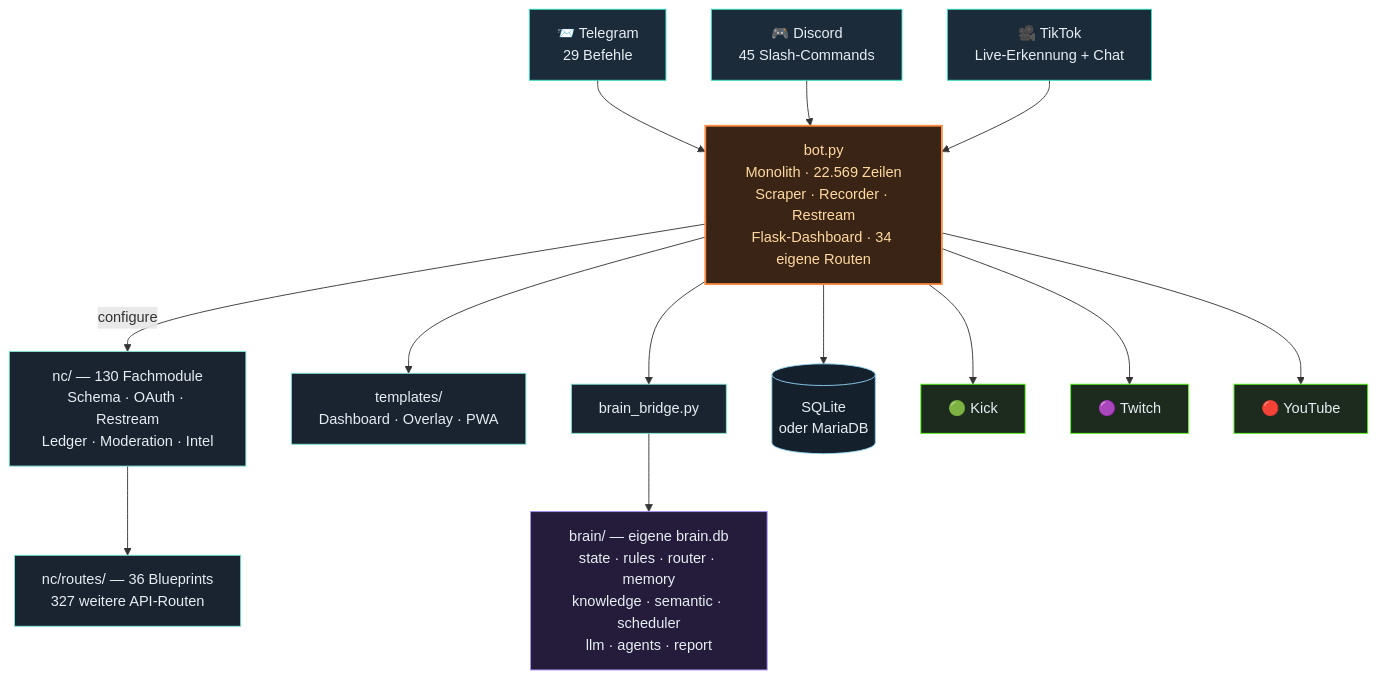
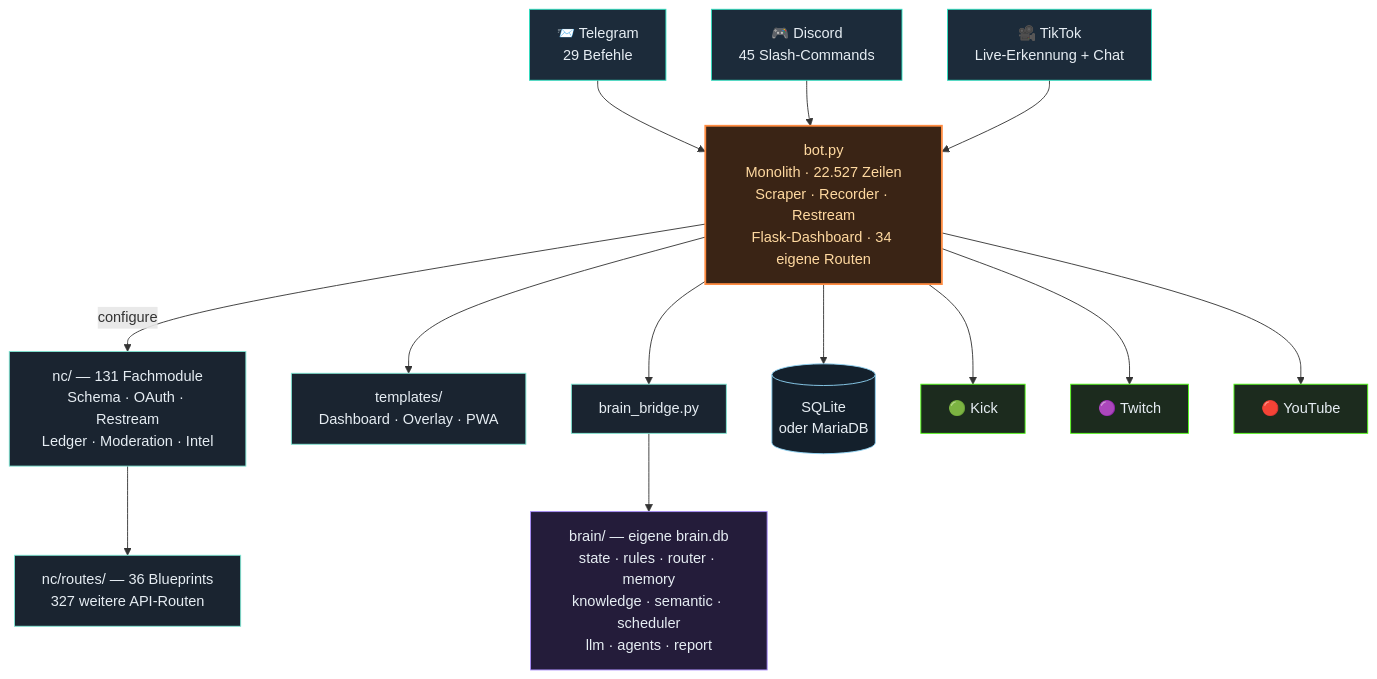
Before and after one commit to itsamemedev/Telegram-Stream-Info-Bot: the third of 4 diagrams in README.md, drawn with Mermaid. The commit also changed other lines of this file and 8 other files, not shown here.

````diff
--- a/README.md
+++ b/README.md
@@ -189,30 +189,30 @@
 ```mermaid
 flowchart TB
     TG["📨 Telegram<br/>29 Befehle"]:::ein
     DC["🎮 Discord<br/>45 Slash-Commands"]:::ein
     TT["🎥 TikTok<br/>Live-Erkennung + Chat"]:::ein
 
     TG --> BOT
     DC --> BOT
     TT --> BOT
 
-    BOT["bot.py<br/>Monolith · 22.569 Zeilen<br/>Scraper · Recorder · Restream<br/>Flask-Dashboard · 34 eigene Routen"]:::core
+    BOT["bot.py<br/>Monolith · 22.527 Zeilen<br/>Scraper · Recorder · Restream<br/>Flask-Dashboard · 34 eigene Routen"]:::core
 
-    BOT -->|configure| NC["nc/ — 130 Fachmodule<br/>Schema · OAuth · Restream<br/>Ledger · Moderation · Intel"]:::lib
+    BOT -->|configure| NC["nc/ — 131 Fachmodule<br/>Schema · OAuth · Restream<br/>Ledger · Moderation · Intel"]:::lib
     NC --> RT["nc/routes/ — 36 Blueprints<br/>327 weitere API-Routen"]:::lib
     BOT --> TPL["templates/<br/>Dashboard · Overlay · PWA"]:::lib
     BOT --> BR["brain_bridge.py"]:::lib
     BR --> BRAIN["brain/ — eigene brain.db<br/>state · rules · router · memory<br/>knowledge · semantic · scheduler<br/>llm · agents · report"]:::brain
     BOT --> DB[("SQLite<br/>oder MariaDB")]:::db
 
     BOT --> KICK["🟢 Kick"]:::out
     BOT --> TW["🟣 Twitch"]:::out
     BOT --> YT["🔴 YouTube"]:::out
 
     classDef ein fill:#1c2b3a,stroke:#2de1c2,color:#e6edf3
     classDef core fill:#3a2415,stroke:#ff8c42,stroke-width:2px,color:#ffd9a0
     classDef lib fill:#1a2430,stroke:#7fe7d4,color:#e6edf3
     classDef brain fill:#241c3a,stroke:#a78bfa,color:#e6edf3
     classDef db fill:#14202c,stroke:#8fd3f4,color:#e6edf3
     classDef out fill:#1c2b1e,stroke:#53fc18,color:#e6edf3
 ```
````
